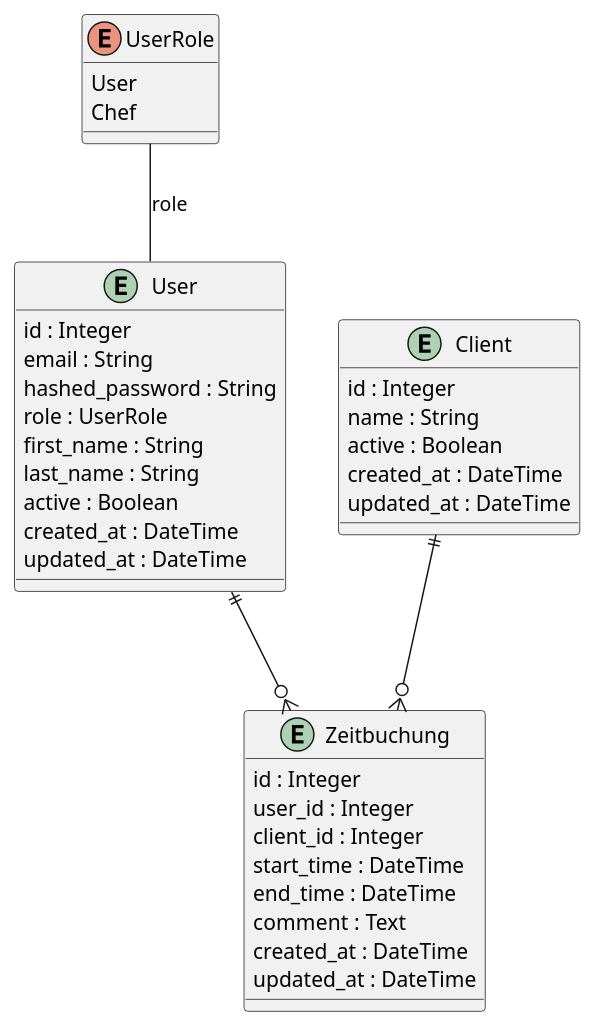
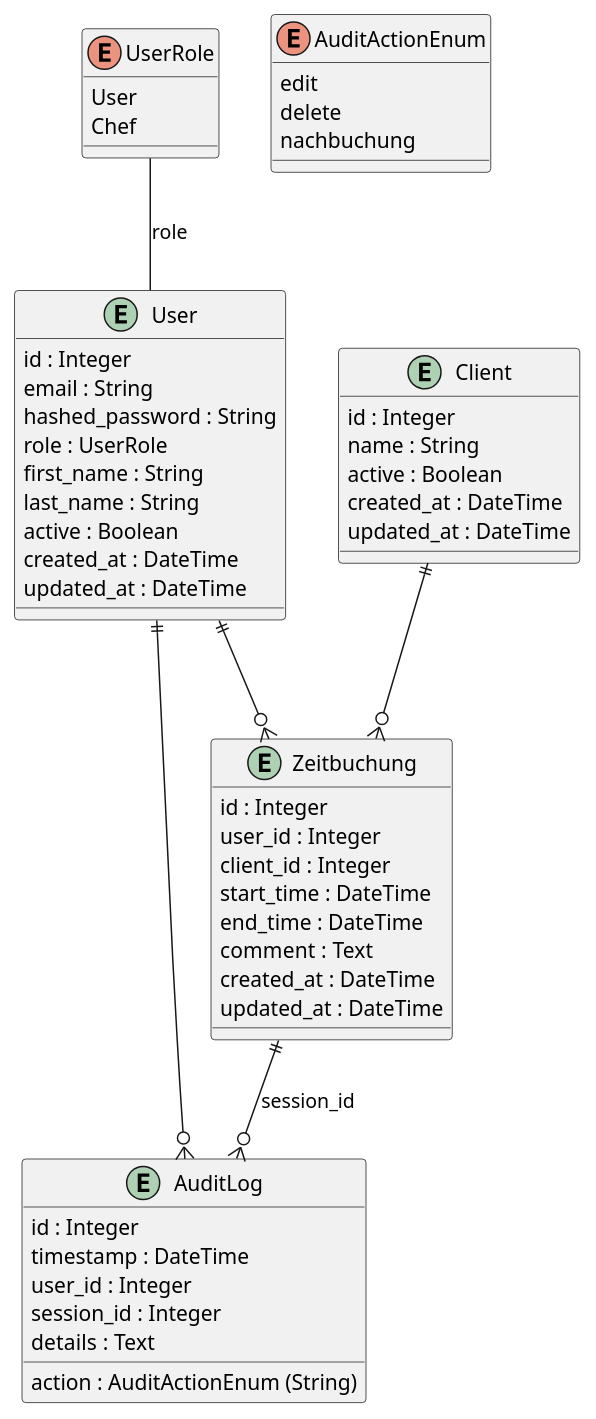
One commit to Golubei/testprojekt_Zeiterfassungssystem changed the diagram in datenmodell.puml. Above: the diagram before and after it, drawn with PlantUML. The commit also changed 4 other files, not shown here.

```diff
--- a/datenmodell.puml
+++ b/datenmodell.puml
@@ -1,43 +1,60 @@
 @startuml
 
 enum UserRole {
     User
     Chef
+}
+
+enum AuditActionEnum {
+    edit
+    delete
+    nachbuchung
 }
 
 entity "User" as User {
     id : Integer
     email : String
     hashed_password : String
     role : UserRole
     first_name : String
     last_name : String
     active : Boolean
     created_at : DateTime
     updated_at : DateTime
 }
 
 entity "Client" as Client {
     id : Integer
     name : String
     active : Boolean
     created_at : DateTime
     updated_at : DateTime
 }
 
 entity "Zeitbuchung" as Zeitbuchung {
     id : Integer
     user_id : Integer
     client_id : Integer
     start_time : DateTime
     end_time : DateTime
     comment : Text
     created_at : DateTime
     updated_at : DateTime
 }
 
+entity "AuditLog" as AuditLog {
+    id : Integer
+    timestamp : DateTime
+    user_id : Integer
+    session_id : Integer
+    action : AuditActionEnum (String)
+    details : Text
+}
+
 UserRole -- User : role
 User ||--o{ Zeitbuchung : ""
 Client ||--o{ Zeitbuchung : ""
+User ||--o{ AuditLog : ""
+Zeitbuchung ||--o{ AuditLog : session_id
 
 @enduml
```
